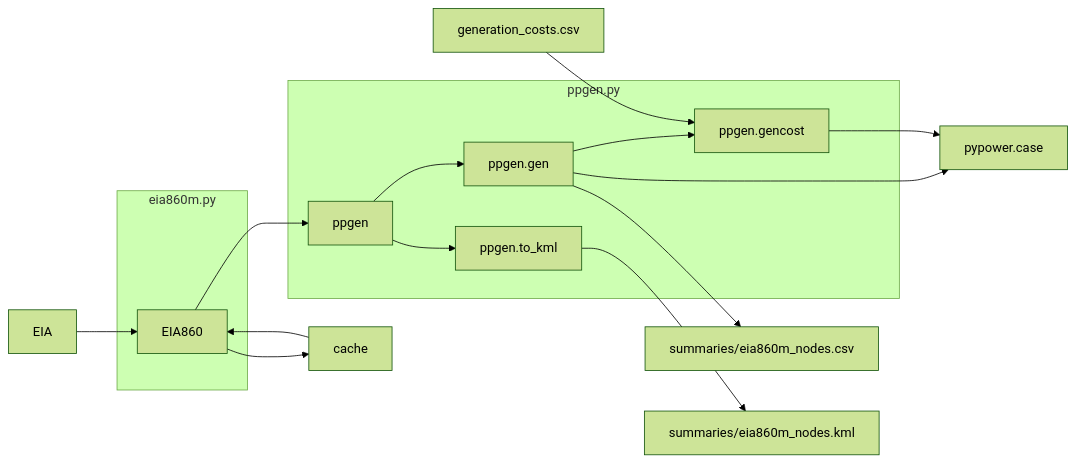
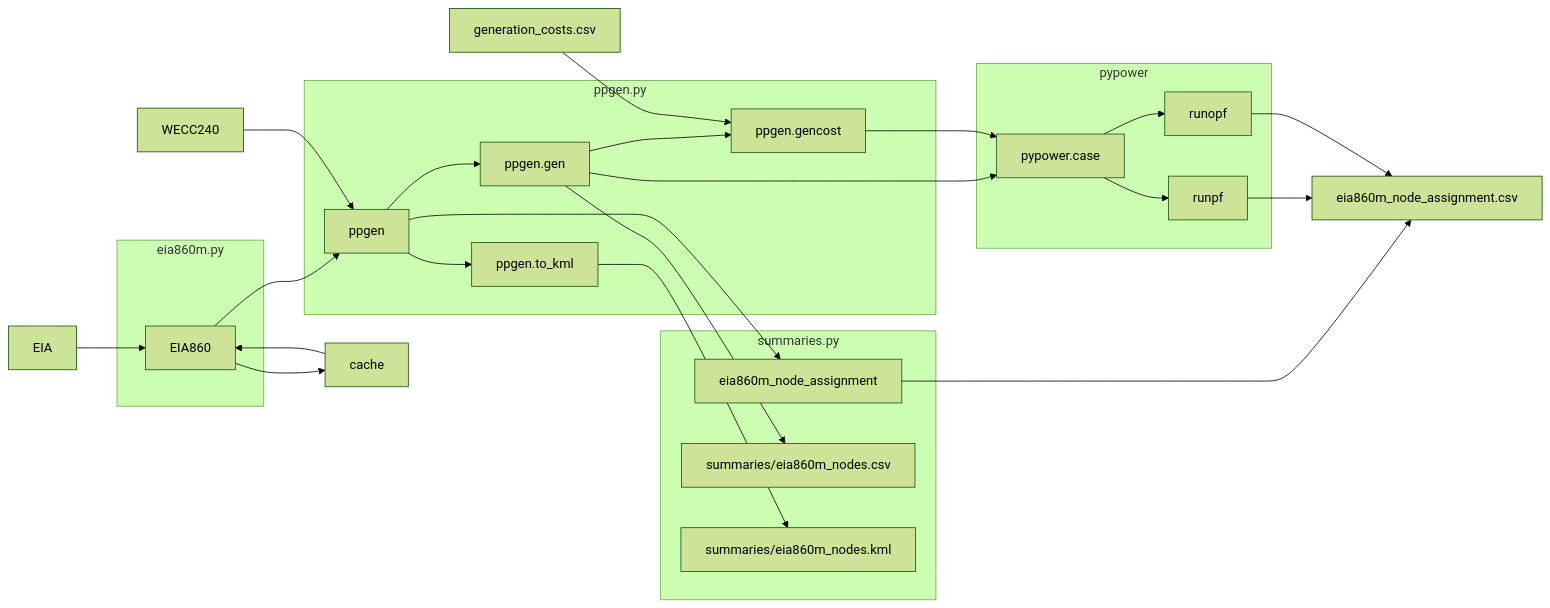
Before and after one commit to slacgismo/regrow: the sixth of 7 diagrams in pypower/README.md, drawn with Mermaid (forest theme).

Commit message:
Update README with new subgraph definitions
Added subgraph definitions for ppgen and eia860m_node_assignment in the README.

````diff
--- a/pypower/README.md
+++ b/pypower/README.md
@@ -295,27 +295,42 @@
 ```mermaid
 flowchart LR
 
     EIA --> EIA860
 
     subgraph eia860m.py
         EIA860
     end
 
     EIA860 --> cache
     cache --> EIA860
 
     EIA860 --> ppgen
 
     subgraph ppgen.py
         ppgen --> ppgen.gen
         ppgen.gen --> ppgen.gencost
         ppgen --> ppgen.to_kml
     end
 
+    WECC240 --> ppgen
+
     generation_costs.csv --> ppgen.gencost
 
-    ppgen.gen --> summaries/eia860m_nodes.csv
-    ppgen.gen --> pypower.case
-    ppgen.gencost --> pypower.case
-    ppgen.to_kml --> summaries/eia860m_nodes.kml
+    subgraph summaries.py
+        ppgen --> eia860m_node_assignment
+        ppgen.gen --> summaries/eia860m_nodes.csv
+        ppgen.to_kml --> summaries/eia860m_nodes.kml
+        eia860m_node_assignment
+    end
+    
+    subgraph pypower
+        ppgen.gen --> pypower.case
+        ppgen.gencost --> pypower.case
+        pypower.case --> runpf
+        pypower.case --> runopf
+    end
+
+    eia860m_node_assignment --> eia860m_node_assignment.csv
+    runpf --> eia860m_node_assignment.csv
+    runopf --> eia860m_node_assignment.csv
 ```
````
